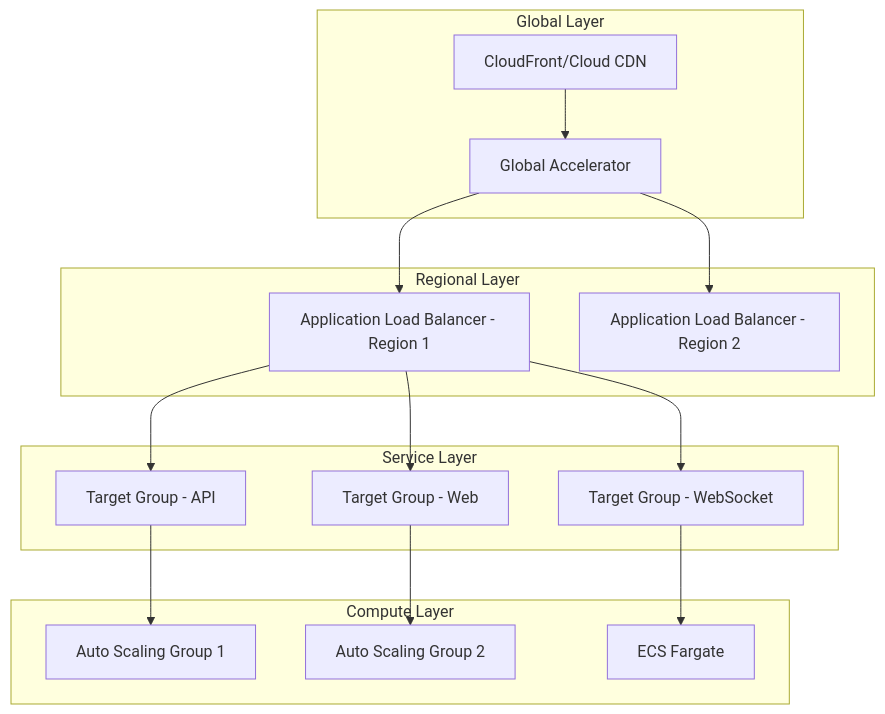
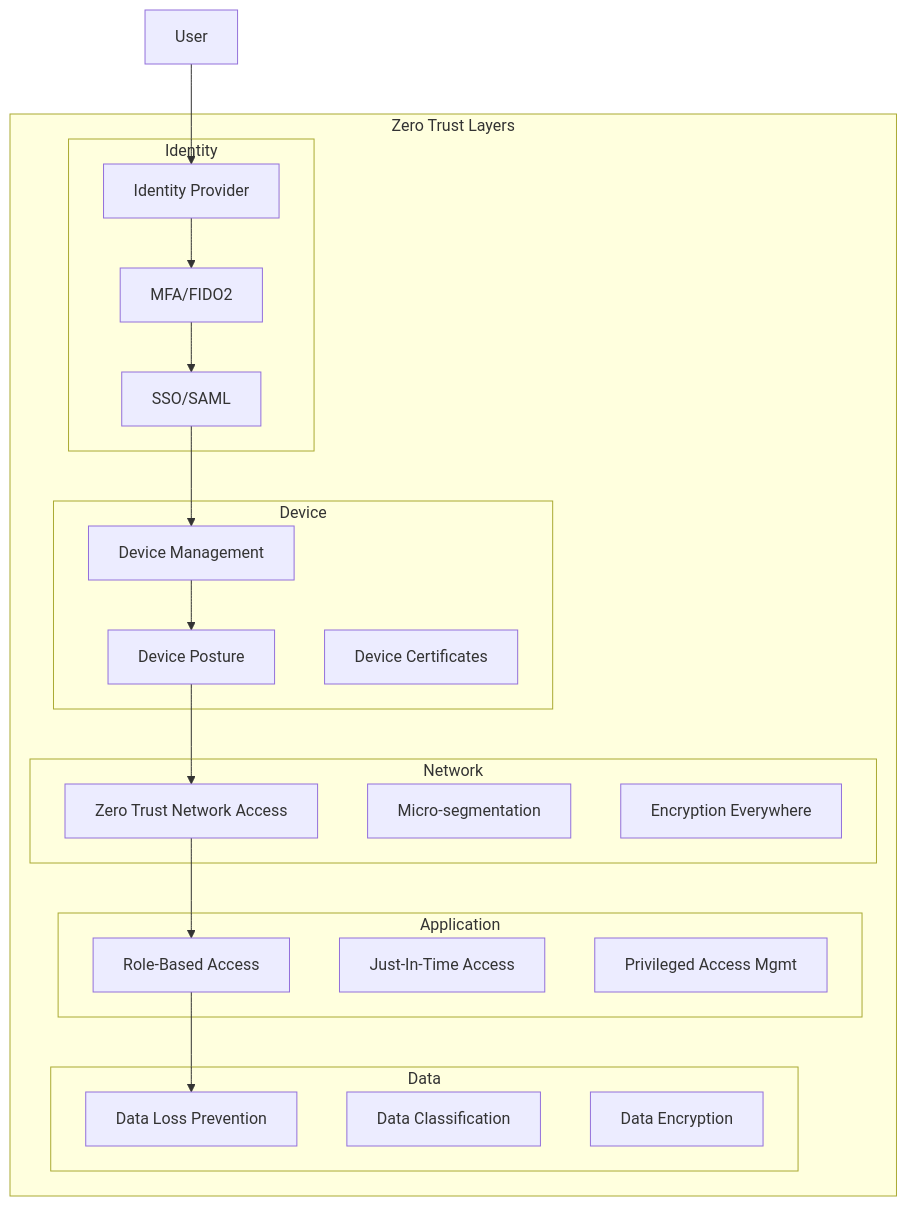
Before and after one commit to Ahmed-AdelB/claude-sdlc-orchestrator: the seventh of 10 diagrams in commands/agents/devops/infrastructure-architect.md, drawn with Mermaid. The commit also changed other lines of this file and 25 other files, not shown here.

````diff
--- a/commands/agents/devops/infrastructure-architect.md
+++ b/commands/agents/devops/infrastructure-architect.md
@@ -394,34 +1036,43 @@
 ```mermaid
 graph TB
-    subgraph "Global Layer"
-        CF[CloudFront/Cloud CDN]
-        GA[Global Accelerator]
+    subgraph "Zero Trust Layers"
+        subgraph "Identity"
+            IDP[Identity Provider]
+            MFA[MFA/FIDO2]
+            SSO[SSO/SAML]
+        end
+
+        subgraph "Device"
+            MDM[Device Management]
+            Posture[Device Posture]
+            Cert[Device Certificates]
+        end
+
+        subgraph "Network"
+            ZTNA[Zero Trust Network Access]
+            MicroSeg[Micro-segmentation]
+            Encrypt[Encryption Everywhere]
+        end
+
+        subgraph "Application"
+            RBAC[Role-Based Access]
+            JIT[Just-In-Time Access]
+            PAM[Privileged Access Mgmt]
+        end
+
+        subgraph "Data"
+            DLP[Data Loss Prevention]
+            Classification[Data Classification]
+            Encryption_Data[Data Encryption]
+        end
     end
 
-    subgraph "Regional Layer"
-        ALB1[Application Load Balancer - Region 1]
-        ALB2[Application Load Balancer - Region 2]
-    end
-
-    subgraph "Service Layer"
-        TG1[Target Group - API]
-        TG2[Target Group - Web]
-        TG3[Target Group - WebSocket]
-    end
-
-    subgraph "Compute Layer"
-        ASG1[Auto Scaling Group 1]
-        ASG2[Auto Scaling Group 2]
-        ECS[ECS Fargate]
-    end
-
-    CF --> GA
-    GA --> ALB1
-    GA --> ALB2
-    ALB1 --> TG1
-    ALB1 --> TG2
-    ALB1 --> TG3
-    TG1 --> ASG1
-    TG2 --> ASG2
-    TG3 --> ECS
+    User --> IDP
+    IDP --> MFA
+    MFA --> SSO
+    SSO --> MDM
+    MDM --> Posture
+    Posture --> ZTNA
+    ZTNA --> RBAC
+    RBAC --> DLP
 ```
````
